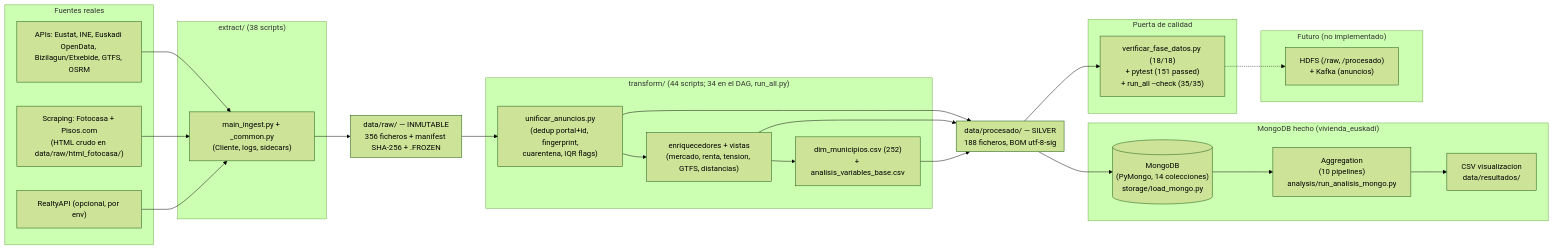
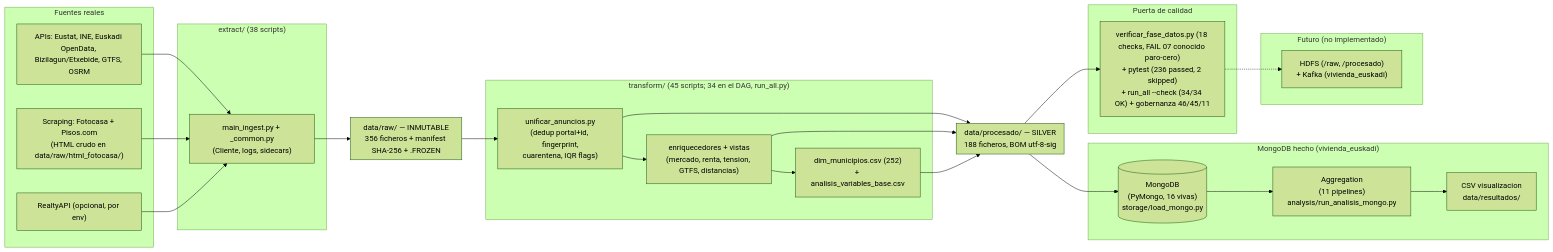
Before and after one commit to mikelrh-dev/bigdata-vivienda-euskadi: the diagram in docs/arquitectura_datos.md, drawn with Mermaid (forest theme). The commit also changed other lines of this file and 30 other files, not shown here.

Commit message:
docs: auditoria v7 + gobernanza y docs alineados a vivienda_euskadi

````diff
--- a/docs/arquitectura_datos.md
+++ b/docs/arquitectura_datos.md
@@ -6,45 +6,45 @@
 ```mermaid
 flowchart LR
     subgraph Fuentes["Fuentes reales"]
         API["APIs: Eustat, INE, Euskadi OpenData, Bizilagun/Etxebide, GTFS, OSRM"]
         SCR["Scraping: Fotocasa + Pisos.com\n(HTML crudo en data/raw/html_fotocasa/)"]
         OPT["RealtyAPI (opcional, por env)"]
     end
     subgraph Extract["extract/ (38 scripts)"]
         ING["main_ingest.py + _common.py\n(Cliente, logs, sidecars)"]
     end
     subgraph RAW["data/raw/ — INMUTABLE\n356 ficheros + manifest SHA-256 + .FROZEN"]
     end
-    subgraph Transform["transform/ (44 scripts; 34 en el DAG, run_all.py)"]
+    subgraph Transform["transform/ (45 scripts; 34 en el DAG, run_all.py)"]
         UNI["unificar_anuncios.py\n(dedup portal+id, fingerprint,\ncuarentena, IQR flags)"]
         ENR["enriquecedores + vistas\n(mercado, renta, tension, GTFS, distancias)"]
         DIM["dim_municipios.csv (252)\n+ analisis_variables_base.csv"]
     end
     subgraph Silver["data/procesado/ — SILVER\n188 ficheros, BOM utf-8-sig"]
     end
     subgraph QA["Puerta de calidad"]
-        GATE["verificar_fase_datos.py (18/18)\n+ pytest (151 passed)\n+ run_all --check (35/35)"]
+        GATE["verificar_fase_datos.py (18 checks, FAIL 07 conocido paro-cero)\n+ pytest (236 passed, 2 skipped)\n+ run_all --check (34/34 OK) + gobernanza 46/45/11"]
     end
     subgraph Mongo["MongoDB hecho (vivienda_euskadi)"]
-        MONGO[("MongoDB\n(PyMongo, 14 colecciones)\nstorage/load_mongo.py")]
-        AGG["Aggregation\n(10 pipelines)\nanalysis/run_analisis_mongo.py"]
+        MONGO[("MongoDB\n(PyMongo, 16 vivas)\nstorage/load_mongo.py")]
+        AGG["Aggregation\n(11 pipelines)\nanalysis/run_analisis_mongo.py"]
         CSV["CSV visualizacion\ndata/resultados/"]
     end
     subgraph Futuro["Futuro (no implementado)"]
-        HK["HDFS (/raw, /procesado)\n+ Kafka (anuncios)"]
+        HK["HDFS (/raw, /procesado)\n+ Kafka (vivienda_euskadi)"]
     end
     API --> ING
     SCR --> ING
     OPT --> ING
     ING --> RAW
     RAW --> UNI
     UNI --> ENR
     ENR --> DIM
     UNI --> Silver
     ENR --> Silver
     DIM --> Silver
     Silver --> GATE
     Silver --> MONGO
     MONGO --> AGG --> CSV
     GATE -.-> HK
 ```
````
